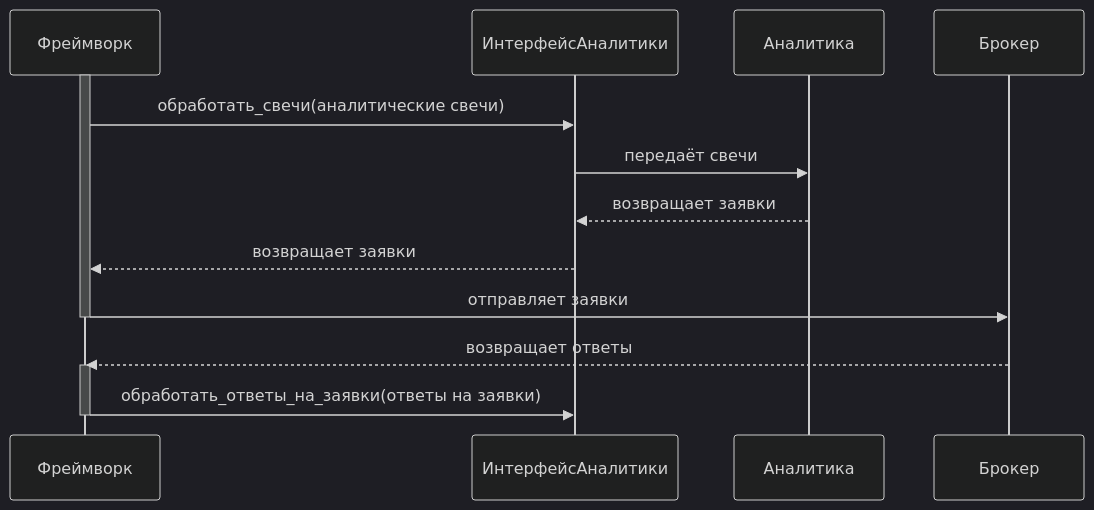
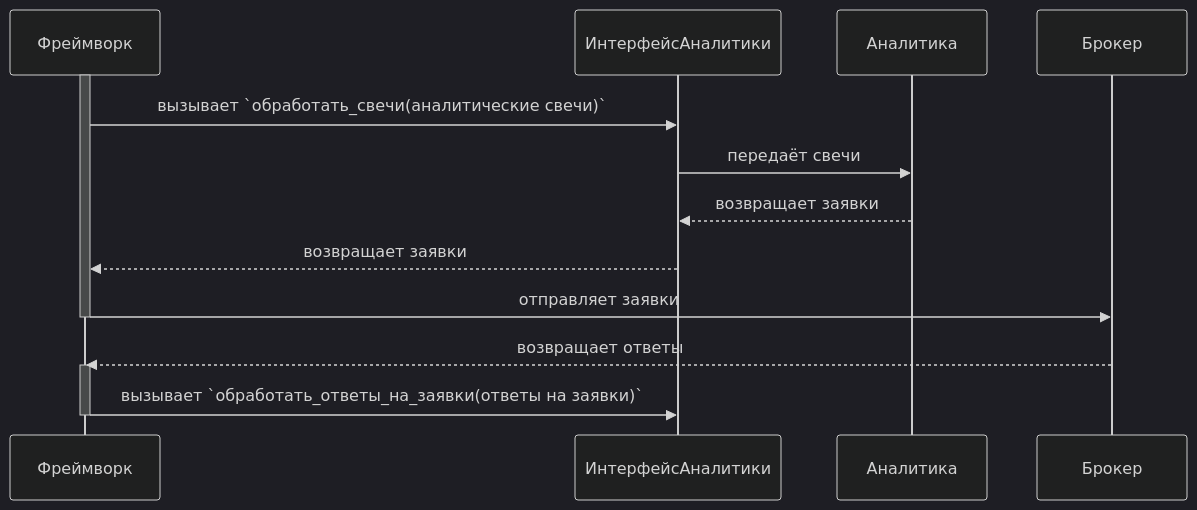
The second of 13 diagrams in controller-logic.md (Marat22/MiriadRobotDocs), drawn with Mermaid (dark theme) before and after one commit. The commit also changed other lines of this file, not shown here.

Commit message:
Make funcs calling in sequenceDiagrams more explicit

````diff
--- a/controller-logic.md
+++ b/controller-logic.md
@@ -116,19 +116,19 @@
 ```mermaid
 sequenceDiagram
     participant Framework as Фреймворк
     participant AnalyticsInterface as ИнтерфейсАналитики
     participant Analytics as Аналитика
     participant Broker as Брокер
 
     activate Framework
-    Framework->>AnalyticsInterface: обработать_свечи(аналитические свечи)
+    Framework->>AnalyticsInterface: вызывает `обработать_свечи(аналитические свечи)`
     AnalyticsInterface->>Analytics: передаёт свечи
     Analytics-->>AnalyticsInterface: возвращает заявки
     AnalyticsInterface-->>Framework: возвращает заявки
     Framework->>Broker: отправляет заявки
     deactivate Framework
     Broker-->>Framework: возвращает ответы
     activate Framework
-    Framework->>AnalyticsInterface: обработать_ответы_на_заявки(ответы на заявки)
+    Framework->>AnalyticsInterface: вызывает `обработать_ответы_на_заявки(ответы на заявки)`
     deactivate Framework
 ```
````
